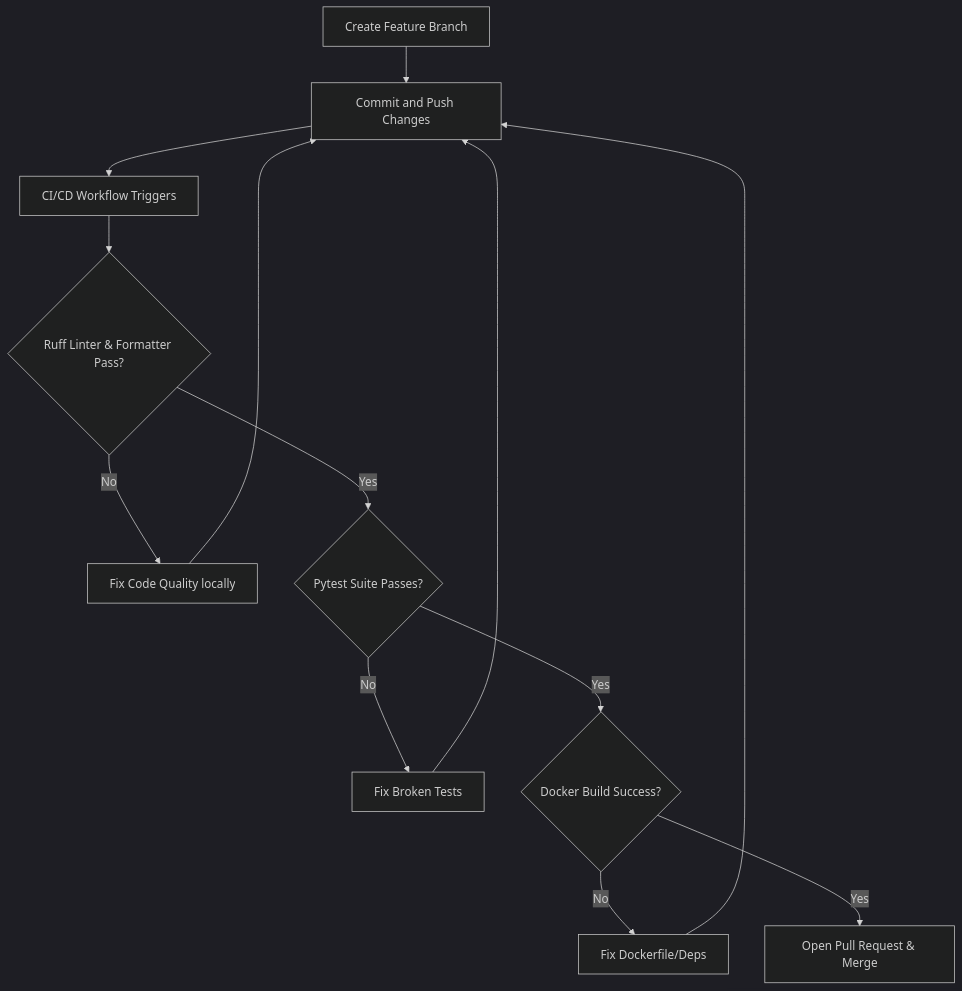
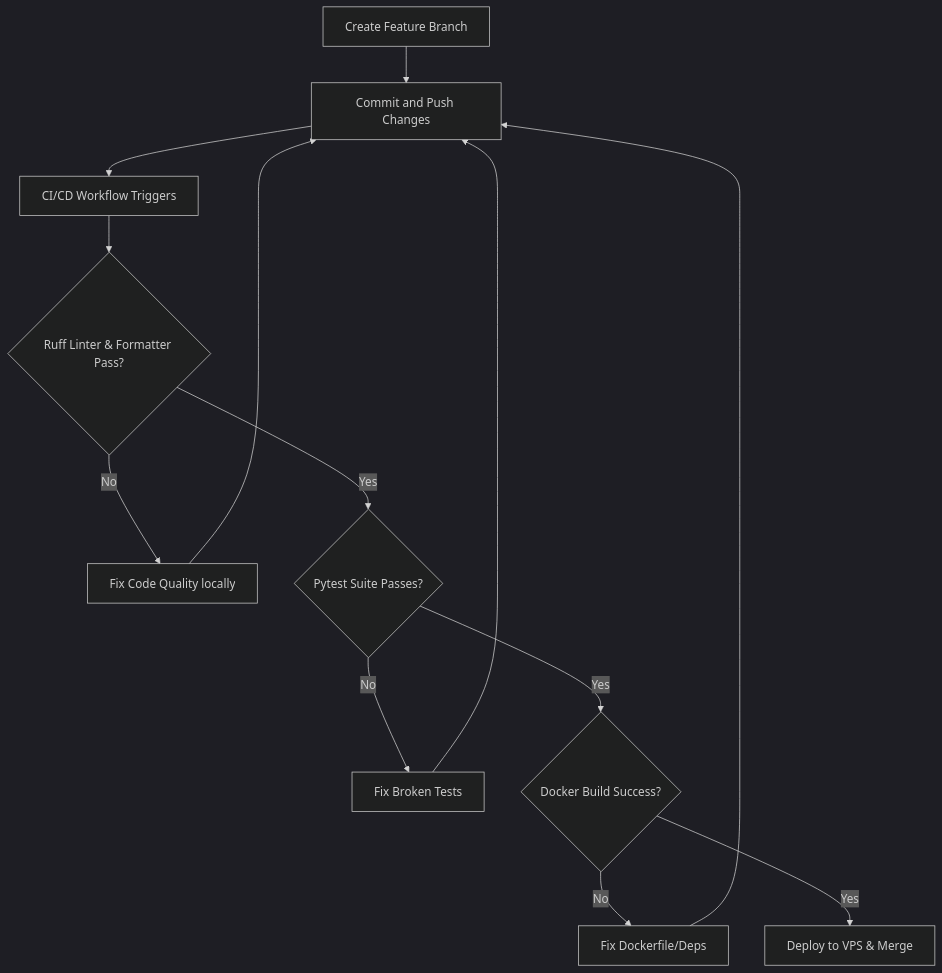
Before and after one commit to xanderteng/TangerangCast: the diagram in README.md, drawn with Mermaid (dark theme). The commit also changed other lines of this file and 16 other files, not shown here.

Commit message:
Deploy production architecture, 4-model ONNX ensemble, and CI/CD pipelines

````diff
--- a/README.md
+++ b/README.md
@@ -160,15 +157,15 @@
 ```mermaid
 graph TD
     A[Create Feature Branch] --> B[Commit and Push Changes]
     B --> C[CI/CD Workflow Triggers]
     C --> D{Ruff Linter & Formatter Pass?}
     D -- No --> E[Fix Code Quality locally]
     E --> B
     D -- Yes --> F{Pytest Suite Passes?}
     F -- No --> G[Fix Broken Tests]
     G --> B
     F -- Yes --> H{Docker Build Success?}
     H -- No --> I[Fix Dockerfile/Deps]
     I --> B
-    H -- Yes --> J[Open Pull Request & Merge]
+    H -- Yes --> J[Deploy to VPS & Merge]
 ```
````
